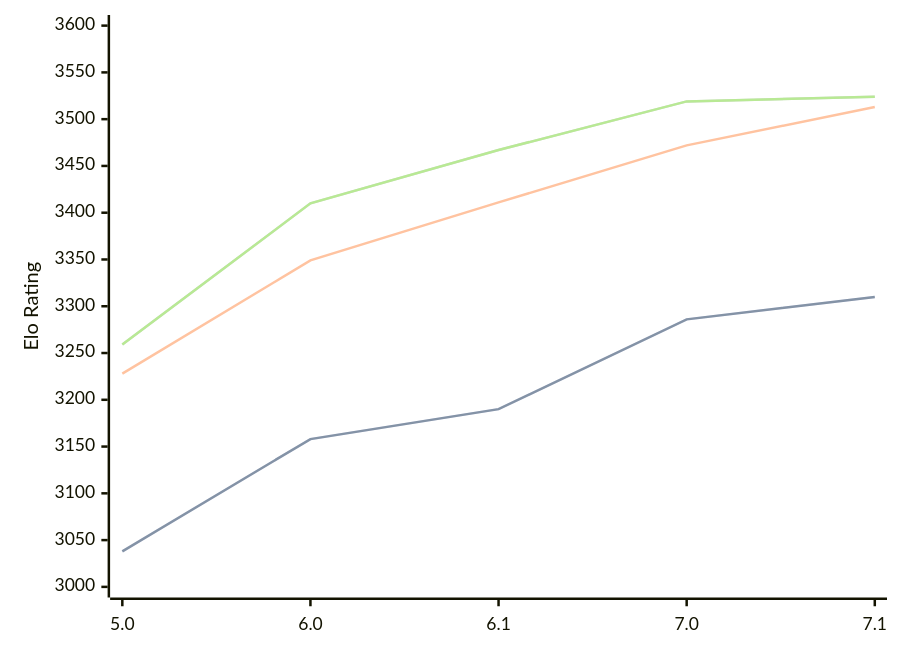
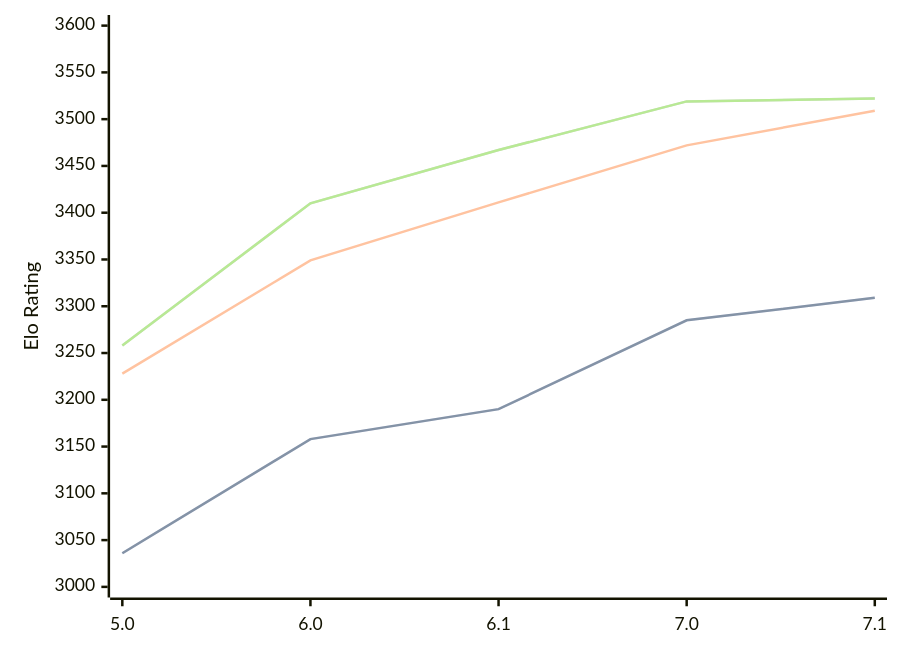
Before and after one commit to computer-chess-index/cci: the diagram in engines/PZChessBot.md, drawn with Mermaid. The commit also changed other lines of this file, not shown here.

Commit message:
Update CCI Ratings (ELO VLTC) - 2026-07-27

````diff
--- a/engines/PZChessBot.md
+++ b/engines/PZChessBot.md
@@ -44,11 +44,11 @@
 ```mermaid
 %%{init: {"theme":"base","themeVariables":{"seriesColors:['#a3a3a3','#222221','#faa371']}}}%%
 xychart-beta
   x-axis ["5.0", "6.0", "6.1", "7.0", "7.1"]
   y-axis "Elo Rating" 3000 --> 3600
-  line "STC (8.0+0.08s)" [3038, 3158, 3190, 3286, 3310]
-  line "STC (8.0+0.08s)" [3038, 3158, 3190, 3286, 3310]
-  line "LTC (60.0+0.60s)" [3228, 3349, 3411, 3472, 3513]
-  line "VLTC (2m24s+1.12s)" [3259, 3410, 3467, 3519, 3524]
-  line "VLTC (2m24s+1.12s)" [3259, 3410, 3467, 3519, 3524]
+  line "STC (8.0+0.08s)" [3036, 3158, 3190, 3285, 3309]
+  line "STC (8.0+0.08s)" [3036, 3158, 3190, 3285, 3309]
+  line "LTC (60.0+0.60s)" [3228, 3349, 3411, 3472, 3509]
+  line "VLTC (2m24s+1.12s)" [3258, 3410, 3467, 3519, 3522]
+  line "VLTC (2m24s+1.12s)" [3258, 3410, 3467, 3519, 3522]
 ```
````
